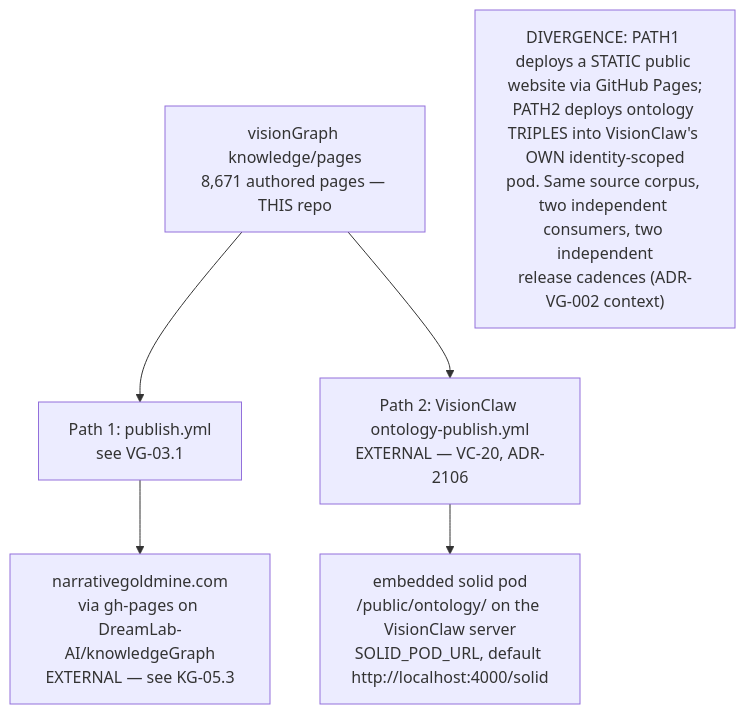
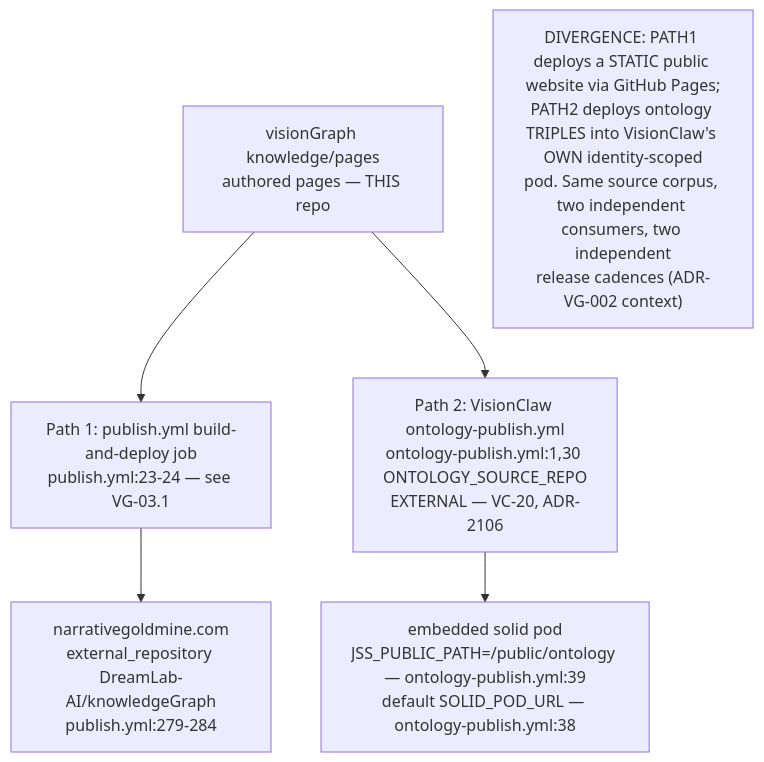
One commit to DreamLab-AI/VisionFlow changed the second of 3 diagrams in docs/diagrams/visiongraph/04-downstream-contracts.md. Above: the diagram before and after it, drawn with Mermaid. The commit also changed other lines of this file and 185 other files, not shown here.

Commit message:
docs(estate): reconcile diagrams and ADRs with source and define closeout sprint

````diff
--- a/docs/diagrams/visiongraph/04-downstream-contracts.md
+++ b/docs/diagrams/visiongraph/04-downstream-contracts.md
@@ -37,11 +39,11 @@
 ```mermaid
 flowchart TB
-    VG["visionGraph knowledge/pages<br/>8,671 authored pages — THIS repo"]
-    PATH1["Path 1: publish.yml<br/>see VG-03.1"]
-    PATH2["Path 2: VisionClaw ontology-publish.yml<br/>EXTERNAL — VC-20, ADR-2106"]
-    SITE["narrativegoldmine.com<br/>via gh-pages on DreamLab-AI/knowledgeGraph<br/>EXTERNAL — see KG-05.3"]
-    POD["embedded solid pod<br/>/public/ontology/ on the VisionClaw server<br/>SOLID_POD_URL, default http://localhost:4000/solid"]
+    VG["visionGraph knowledge/pages<br/>authored pages — THIS repo"]
+    PATH1["Path 1: publish.yml build-and-deploy job<br/>publish.yml:23-24 — see VG-03.1"]
+    PATH2["Path 2: VisionClaw ontology-publish.yml<br/>ontology-publish.yml:1,30 ONTOLOGY_SOURCE_REPO<br/>EXTERNAL — VC-20, ADR-2106"]
+    SITE["narrativegoldmine.com<br/>external_repository DreamLab-AI/knowledgeGraph<br/>publish.yml:279-284"]
+    POD["embedded solid pod<br/>JSS_PUBLIC_PATH=/public/ontology — ontology-publish.yml:39<br/>default SOLID_POD_URL — ontology-publish.yml:38"]
     VG --> PATH1 --> SITE
     VG --> PATH2 --> POD
     note1["DIVERGENCE: PATH1 deploys a STATIC public website via GitHub Pages;<br/>PATH2 deploys ontology TRIPLES into VisionClaw#39;s OWN identity-scoped<br/>pod. Same source corpus, two independent consumers, two independent<br/>release cadences #40;ADR-VG-002 context#41;"]
 ```
````
